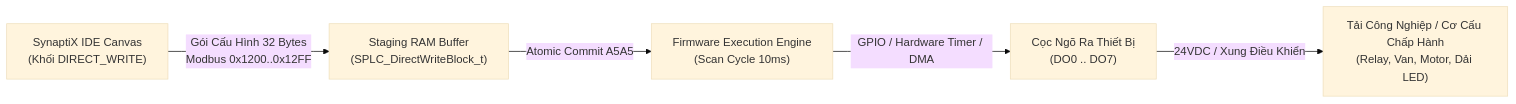
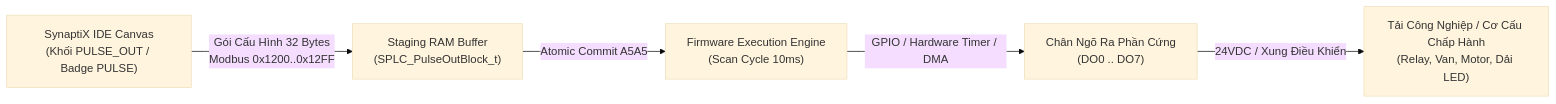
One commit to ngoxuanloc2309/paa changed the diagram in docs/firmware/SPLC_SPEC_DIRECT_WRITE_003_ICD.md. Above: the diagram before and after it, drawn with Mermaid (base theme). The commit also changed other lines of this file and 58 other files, not shown here.

````diff
--- a/docs/firmware/SPLC_SPEC_DIRECT_WRITE_003_ICD.md
+++ b/docs/firmware/SPLC_SPEC_DIRECT_WRITE_003_ICD.md
@@ -25,7 +25,7 @@
 ```mermaid
 flowchart LR
-    IDE["SynaptiX IDE Canvas<br>(Khối DIRECT_WRITE)"] -->|Gói Cấu Hình 32 Bytes<br>Modbus 0x1200..0x12FF| RAM["Staging RAM Buffer<br>(SPLC_DirectWriteBlock_t)"]
+    IDE["SynaptiX IDE Canvas<br>(Khối PULSE_OUT / Badge PULSE)"] -->|Gói Cấu Hình 32 Bytes<br>Modbus 0x1200..0x12FF| RAM["Staging RAM Buffer<br>(SPLC_PulseOutBlock_t)"]
     RAM -->|Atomic Commit A5A5| RUNTIME["Firmware Execution Engine<br>(Scan Cycle 10ms)"]
-    RUNTIME -->|GPIO / Hardware Timer / DMA| PIN["Cọc Ngõ Ra Thiết Bị<br>(DO0 .. DO7)"]
+    RUNTIME -->|GPIO / Hardware Timer / DMA| PIN["Chân Ngõ Ra Phần Cứng<br>(DO0 .. DO7)"]
     PIN -->|24VDC / Xung Điều Khiển| LOAD["Tải Công Nghiệp / Cơ Cấu Chấp Hành<br>(Relay, Van, Motor, Dải LED)"]
 ```
````
